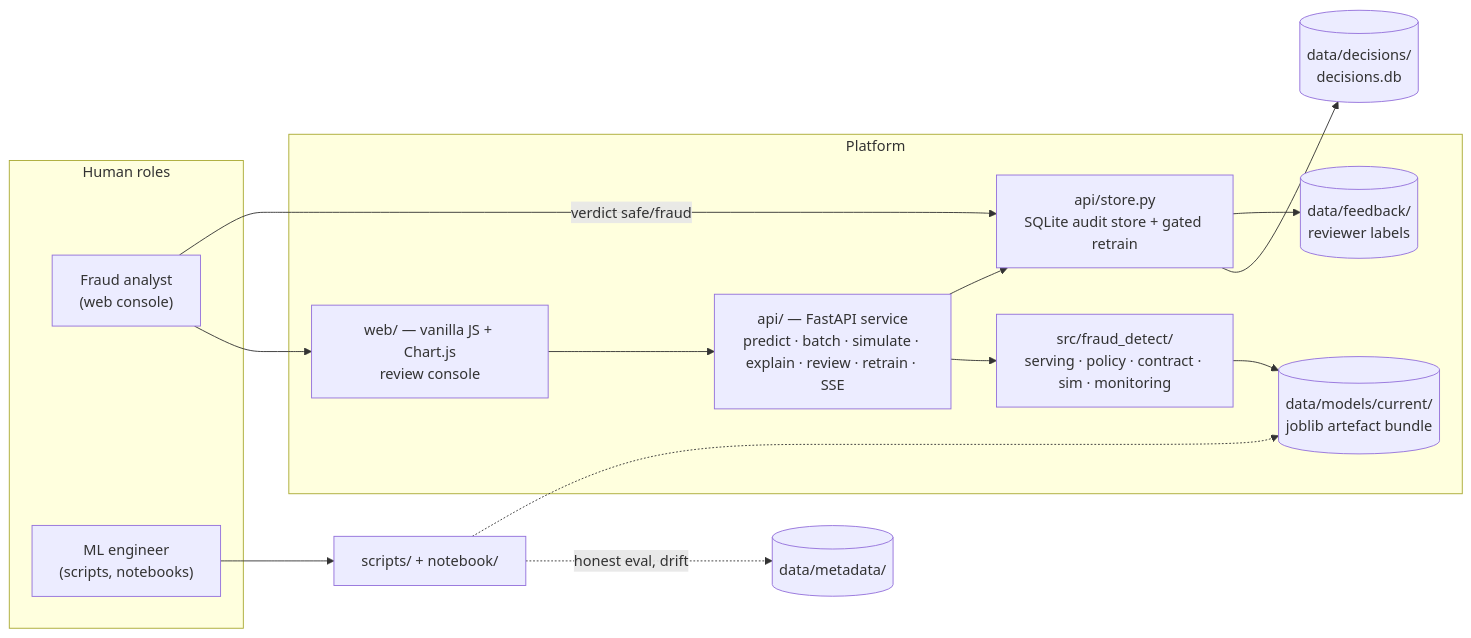
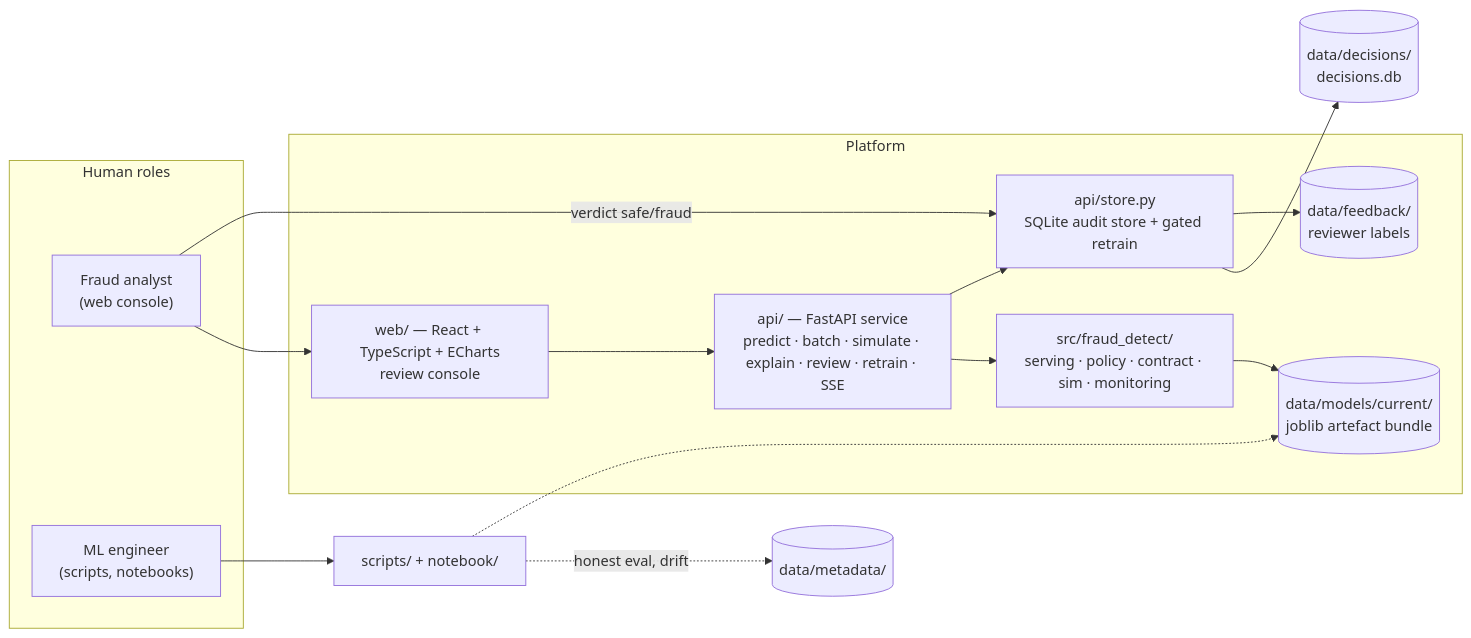
Before and after one commit to knsiuss/ieee-fraud-detection: the first of 7 diagrams in docs/ARCHITECTURE.md, drawn with Mermaid. The commit also changed other lines of this file and 44 other files, not shown here.

````diff
--- a/docs/ARCHITECTURE.md
+++ b/docs/ARCHITECTURE.md
@@ -33,22 +33,22 @@
 ```mermaid
 flowchart LR
     subgraph User["Human roles"]
         ANALYST["Fraud analyst<br/>(web console)"]
         DEV["ML engineer<br/>(scripts, notebooks)"]
     end
 
     subgraph Sys["Platform"]
-        WEB["web/ — vanilla JS + Chart.js<br/>review console"]
+        WEB["web/ — React + TypeScript + ECharts<br/>review console"]
         API["api/ — FastAPI service<br/>predict · batch · simulate · explain · review · retrain · SSE"]
         CORE["src/fraud_detect/<br/>serving · policy · contract · sim · monitoring"]
         STORE["api/store.py<br/>SQLite audit store + gated retrain"]
         ART[("data/models/current/<br/>joblib artefact bundle")]
         FB[("data/feedback/<br/>reviewer labels")]
     end
 
     ANALYST --> WEB --> API --> CORE --> ART
     API --> STORE --> DB[("data/decisions/<br/>decisions.db")]
     ANALYST -->|verdict safe/fraud| STORE --> FB
     DEV --> SCR["scripts/ + notebook/"] -.-> ART
     SCR -.->|honest eval, drift| MET[("data/metadata/")]
 ```
````
